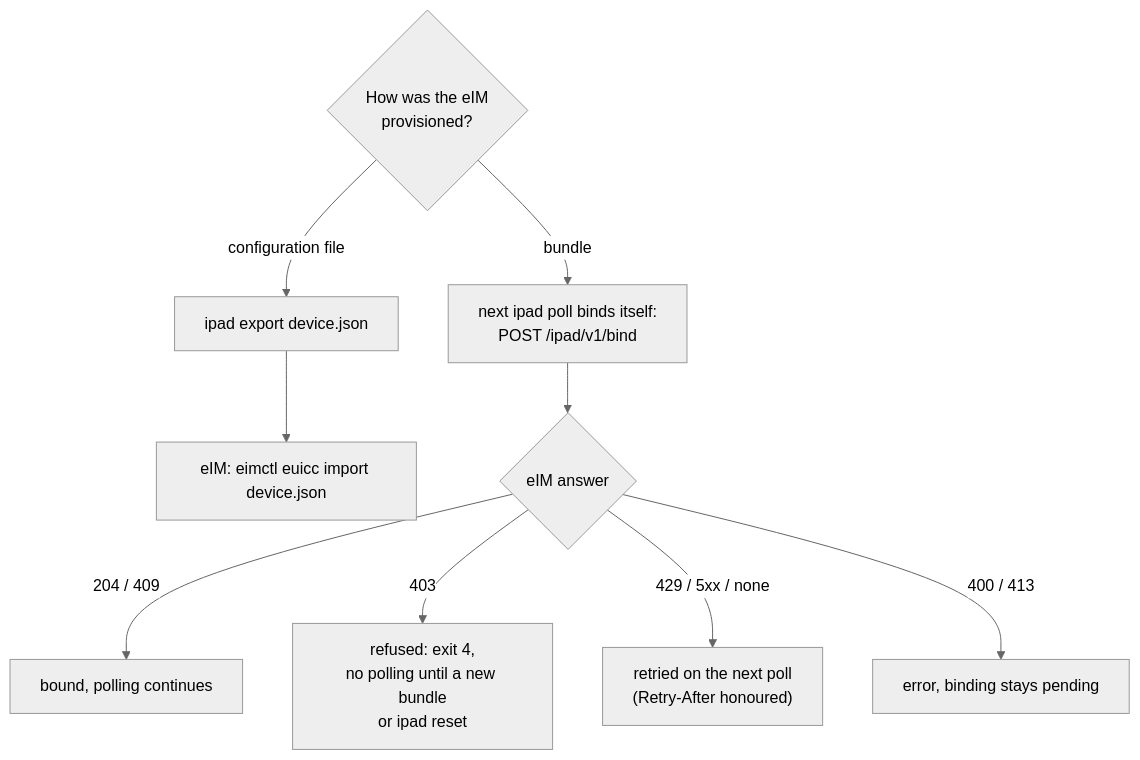
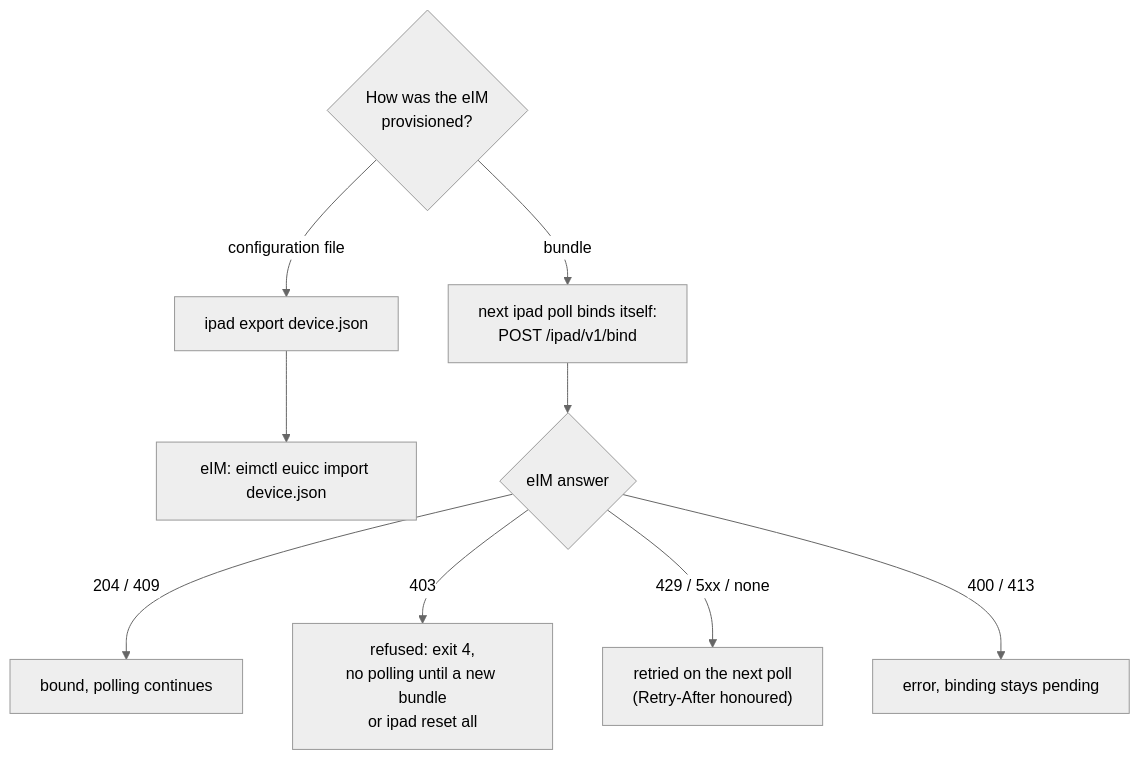
Before and after one commit to ddimension/ipad: the second of 2 diagrams in docs/howto.md, drawn with Mermaid (neutral theme). The commit also changed other lines of this file and 16 other files, not shown here.

````diff
--- a/docs/howto.md
+++ b/docs/howto.md
@@ -187,11 +187,11 @@
 ```mermaid
 flowchart TD
     A{"How was the eIM<br/>provisioned?"} -->|configuration file| B["ipad export device.json"]
     B --> C["eIM: eimctl euicc import device.json"]
     A -->|bundle| D["next ipad poll binds itself:<br/>POST /ipad/v1/bind"]
     D --> E{"eIM answer"}
     E -->|"204 / 409"| F["bound, polling continues"]
-    E -->|"403"| G["refused: exit 4,<br/>no polling until a new bundle<br/>or ipad reset"]
+    E -->|"403"| G["refused: exit 4,<br/>no polling until a new bundle<br/>or ipad reset all"]
     E -->|"429 / 5xx / none"| H["retried on the next poll<br/>(Retry-After honoured)"]
     E -->|"400 / 413"| I["error, binding stays pending"]
 ```
````
